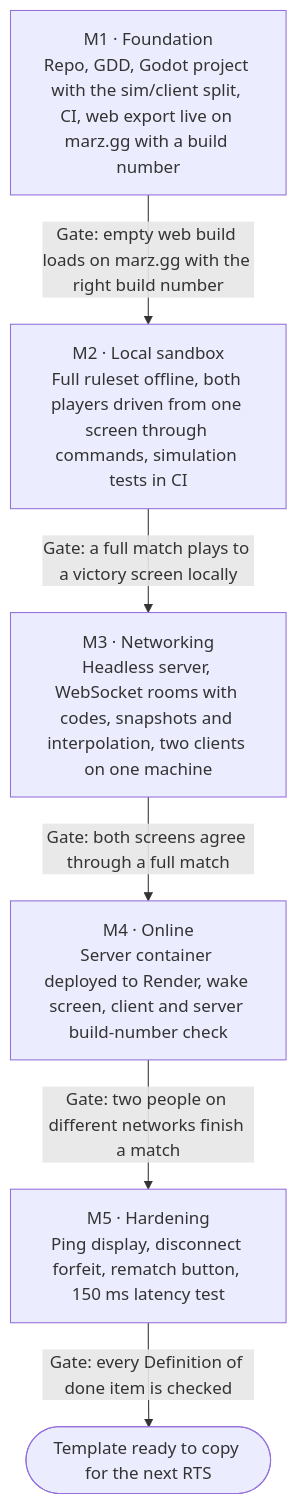
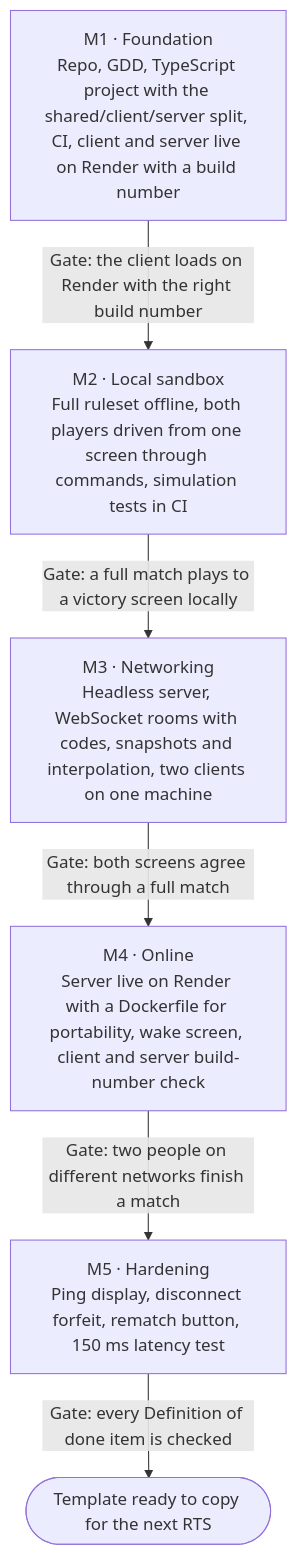
One commit to MarcialPimentel/another-rts changed the second of 2 diagrams in docs/GDD.md. Above: the diagram before and after it, drawn with Mermaid. The commit also changed other lines of this file and 12 other files, not shown here.

First line of the commit message:
Switch the template from Godot to TypeScript (#28)

````diff
--- a/docs/GDD.md
+++ b/docs/GDD.md
@@ -246,14 +248,14 @@
 ```mermaid
 flowchart TD
-    M1["M1 · Foundation<br/>Repo, GDD, Godot project with the sim/client split, CI, web export live on marz.gg with a build number"]
+    M1["M1 · Foundation<br/>Repo, GDD, TypeScript project with the shared/client/server split, CI, client and server live on Render with a build number"]
     M2["M2 · Local sandbox<br/>Full ruleset offline, both players driven from one screen through commands, simulation tests in CI"]
     M3["M3 · Networking<br/>Headless server, WebSocket rooms with codes, snapshots and interpolation, two clients on one machine"]
-    M4["M4 · Online<br/>Server container deployed to Render, wake screen, client and server build-number check"]
+    M4["M4 · Online<br/>Server live on Render with a Dockerfile for portability, wake screen, client and server build-number check"]
     M5["M5 · Hardening<br/>Ping display, disconnect forfeit, rematch button, 150 ms latency test"]
     Done(["Template ready to copy for the next RTS"])
-    M1 -- "Gate: empty web build loads on marz.gg with the right build number" --> M2
+    M1 -- "Gate: the client loads on Render with the right build number" --> M2
     M2 -- "Gate: a full match plays to a victory screen locally" --> M3
     M3 -- "Gate: both screens agree through a full match" --> M4
     M4 -- "Gate: two people on different networks finish a match" --> M5
     M5 -- "Gate: every Definition of done item is checked" --> Done
 ```
````
